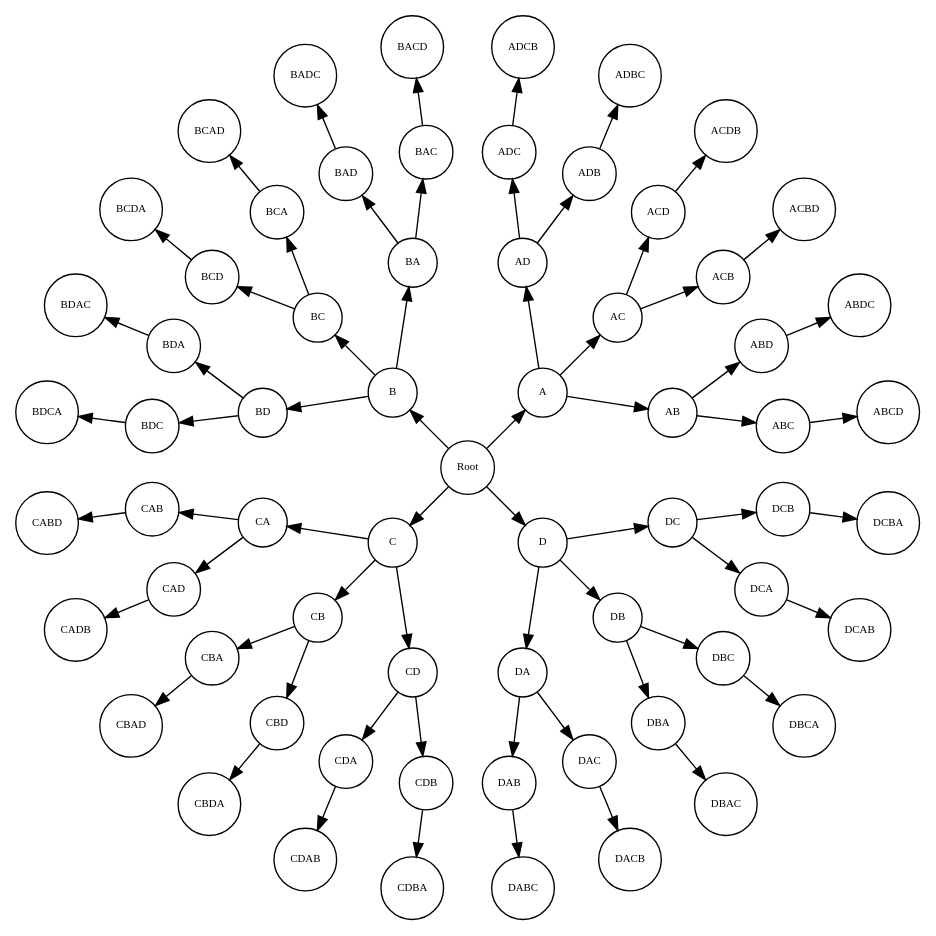
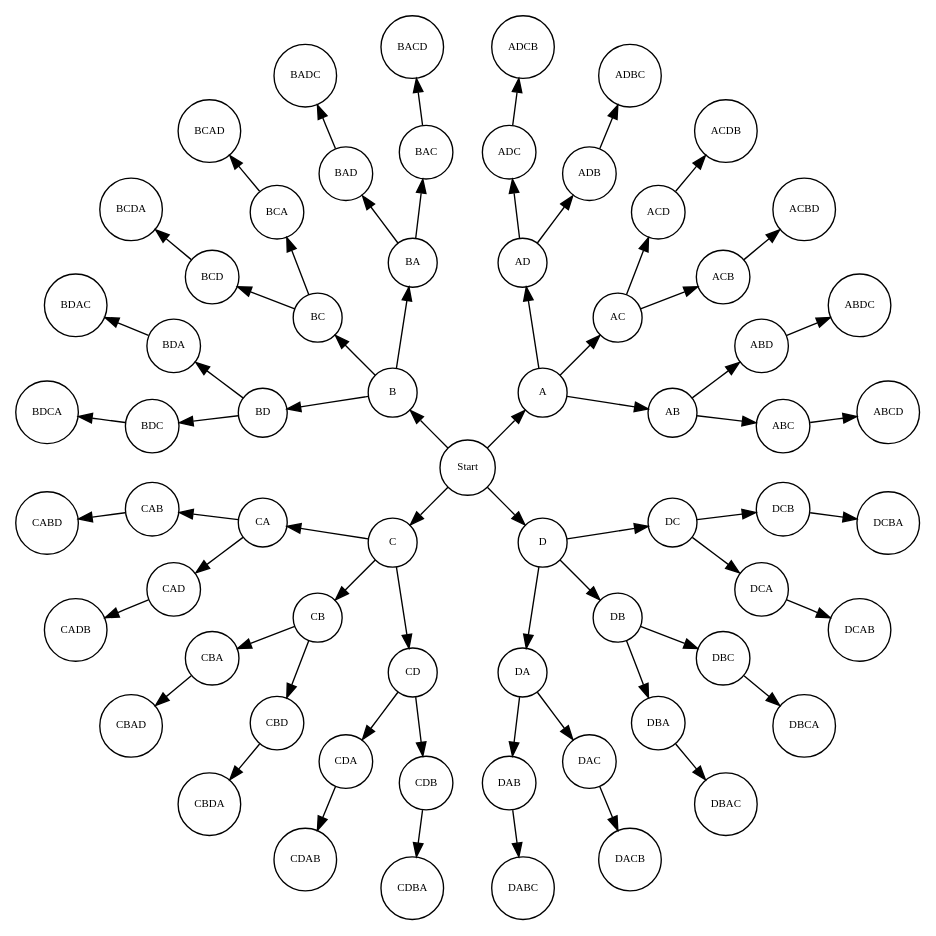
Before and after one commit to sebastiansauer/start-bayes: the diagram in 0400-Verteilungen.qmd, drawn with Graphviz. The commit also changed 3 other files, not shown here.

````diff
--- a/0400-Verteilungen.qmd
+++ b/0400-Verteilungen.qmd
@@ -511,79 +511,79 @@
 ```{dot}
 //| label: fig-freunde-auswahl
 //| fig-width: 4.5
 //| fig-height: 4.5
 //| fig-cap: |
 //|   Sie wählen nacheinander 4 Freunde (A,B,C,D) aus. 
 //|   Wie viele Möglichkeiten gibt es dafür?
 //|   Zuerst haben Sie 4 Möglichkeiten.
 //|   Nachdem Sie den 1. Freund gewählt haben, haben Sie noch 3 weitere zur Auswahl.
 //|   Dann noch 2 und schließlich bleibt der Letzte.
 digraph permutations4 {
     layout=twopi;
     overlap=false;
     node [shape=circle, fontsize=8];
 
-    Root -> {A B C D};
+    Start -> {A B C D};
 
     /* Ebene 2 */
     A -> {AB AC AD};
     B -> {BA BC BD};
     C -> {CA CB CD};
     D -> {DA DB DC};
 
     /* Ebene 3 */
     AB -> {ABC ABD};
     AC -> {ACB ACD};
     AD -> {ADB ADC};
 
     BA -> {BAC BAD};
     BC -> {BCA BCD};
     BD -> {BDA BDC};
 
     CA -> {CAB CAD};
     CB -> {CBA CBD};
     CD -> {CDA CDB};
 
     DA -> {DAB DAC};
     DB -> {DBA DBC};
     DC -> {DCA DCB};
 
     /* Ebene 4 (Endknoten – 24 Permutationen) */
     ABC -> ABCD;
     ABD -> ABDC;
 
     ACB -> ACBD;
     ACD -> ACDB;
 
     ADB -> ADBC;
     ADC -> ADCB;
 
     BAC -> BACD;
     BAD -> BADC;
 
     BCA -> BCAD;
     BCD -> BCDA;
 
     BDA -> BDAC;
     BDC -> BDCA;
 
     CAB -> CABD;
     CAD -> CADB;
 
     CBA -> CBAD;
     CBD -> CBDA;
 
     CDA -> CDAB;
     CDB -> CDBA;
 
     DAB -> DABC;
     DAC -> DACB;
 
     DBA -> DBAC;
     DBC -> DBCA;
 
     DCA -> DCAB;
     DCB -> DCBA;
 }
 
 ```
````
